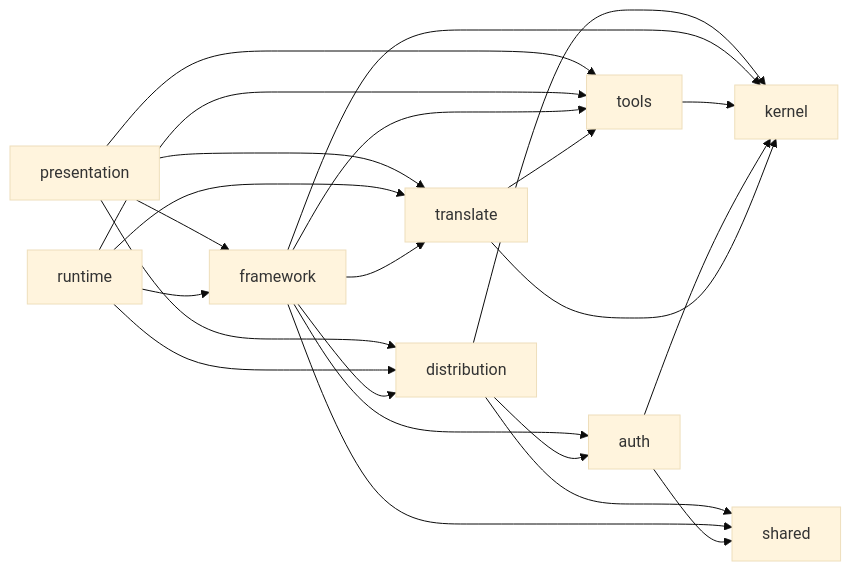
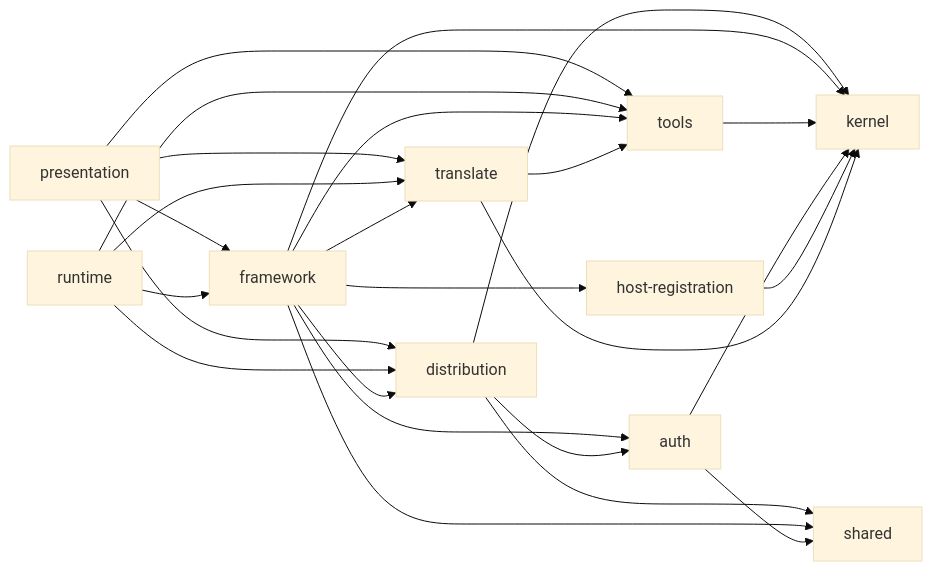
The diagram in cli/aidd_docs/memory/architecture.md (ai-driven-dev/framework), drawn with Mermaid (base theme) before and after one commit. The commit also changed 125 other files, not shown here.

First line of the commit message:
refactor(cli): extract the host-registration context from tools and framework

````diff
--- a/cli/aidd_docs/memory/architecture.md
+++ b/cli/aidd_docs/memory/architecture.md
@@ -15,25 +15,27 @@
 ```mermaid
 flowchart LR
     Presentation["presentation"] --> Distribution["distribution"]
     Presentation --> Framework["framework"]
     Presentation --> Tools["tools"]
     Presentation --> Translate["translate"]
     Runtime["runtime"] --> Distribution
     Runtime --> Framework
     Runtime --> Tools
     Runtime --> Translate
     Framework --> Translate
     Framework --> Distribution
     Framework --> Tools
     Framework --> Auth["auth"]
+    Framework --> HostRegistration["host-registration"]
     Distribution --> Auth
     Translate --> Tools
     Distribution --> Kernel["kernel"]
     Distribution --> Shared["shared"]
     Framework --> Shared
     Framework --> Kernel
     Tools --> Kernel
     Auth --> Kernel
+    HostRegistration --> Kernel
     Auth --> Shared
     Translate --> Kernel
 ```
````
